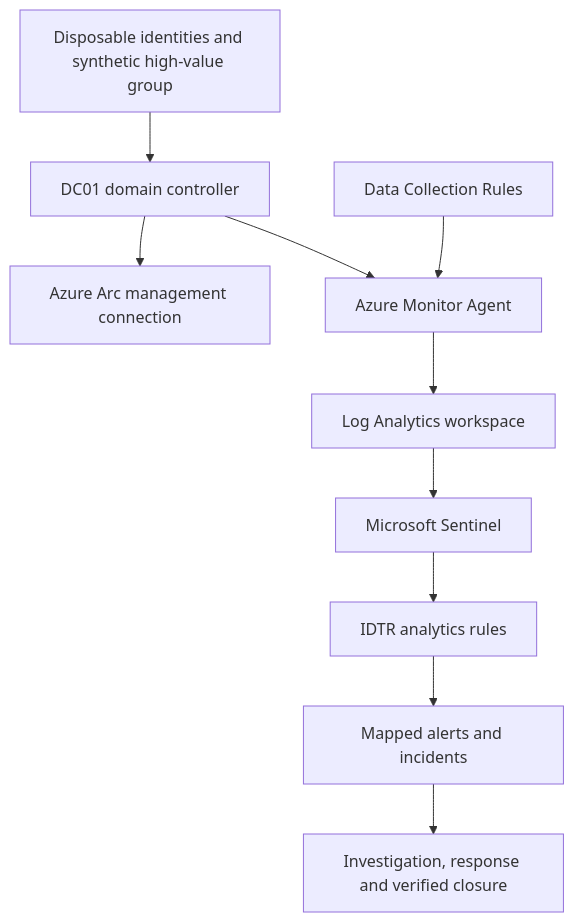
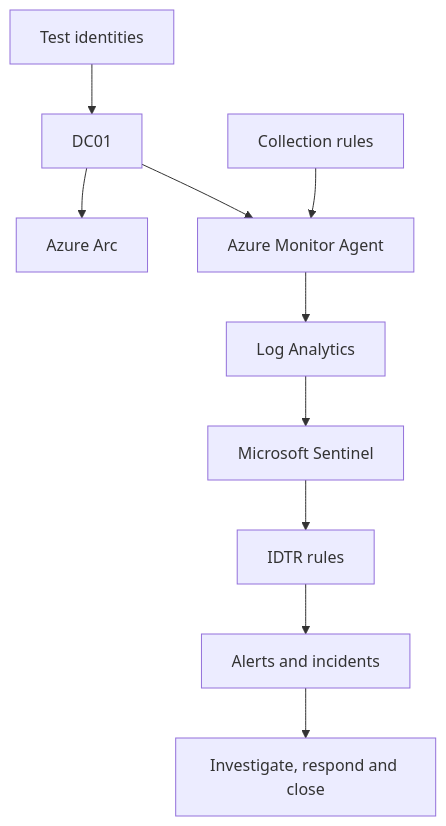
Before and after one commit to danielbeltran26/microsoft-identity-threat-detection-response: the diagram in README.md, drawn with Mermaid. The commit also changed other lines of this file and 6 other files, not shown here.

Commit message:
Improve diagram readability and embed detection evidence

````diff
--- a/README.md
+++ b/README.md
@@ -60,12 +60,12 @@
 ```mermaid
-flowchart TD
-    AD["Disposable identities and synthetic high-value group"] --> DC["DC01 domain controller"]
-    DC --> ARC["Azure Arc management connection"]
+flowchart TB
+    USERS["Test identities"] --> DC["DC01"]
+    DC --> ARC["Azure Arc"]
     DC --> AMA["Azure Monitor Agent"]
-    DCR["Data Collection Rules"] --> AMA
-    AMA --> LAW["Log Analytics workspace"]
+    DCR["Collection rules"] --> AMA
+    AMA --> LAW["Log Analytics"]
     LAW --> SENT["Microsoft Sentinel"]
-    SENT --> RULE["IDTR analytics rules"]
-    RULE --> INC["Mapped alerts and incidents"]
-    INC --> RESP["Investigation, response and verified closure"]
+    SENT --> RULE["IDTR rules"]
+    RULE --> INC["Alerts and incidents"]
+    INC --> RESP["Investigate, respond and close"]
 ```
````
